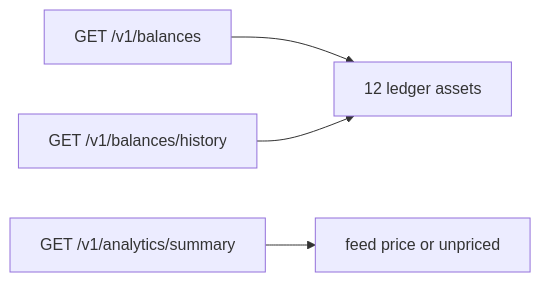
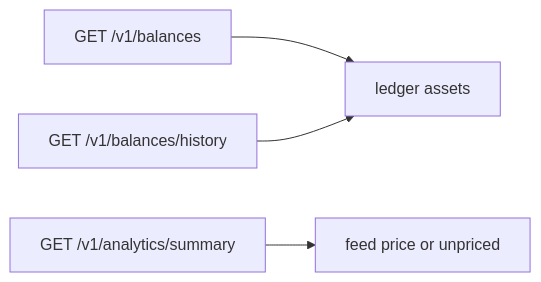
One commit to CBpayapp/cbpay-docs changed the diagram in en/guides/fiat-ledger-assets.mdx. Above: the diagram before and after it, drawn with Mermaid. The commit also changed other lines of this file and 32 other files, not shown here.

````diff
--- a/en/guides/fiat-ledger-assets.mdx
+++ b/en/guides/fiat-ledger-assets.mdx
@@ -23,6 +23,6 @@
 ```mermaid
 flowchart LR
-  balances["GET /v1/balances"] --> ledger["12 ledger assets"]
+  balances["GET /v1/balances"] --> ledger["ledger assets"]
   history["GET /v1/balances/history"] --> ledger
   analytics["GET /v1/analytics/summary"] --> valuation["feed price or unpriced"]
 ```
````
